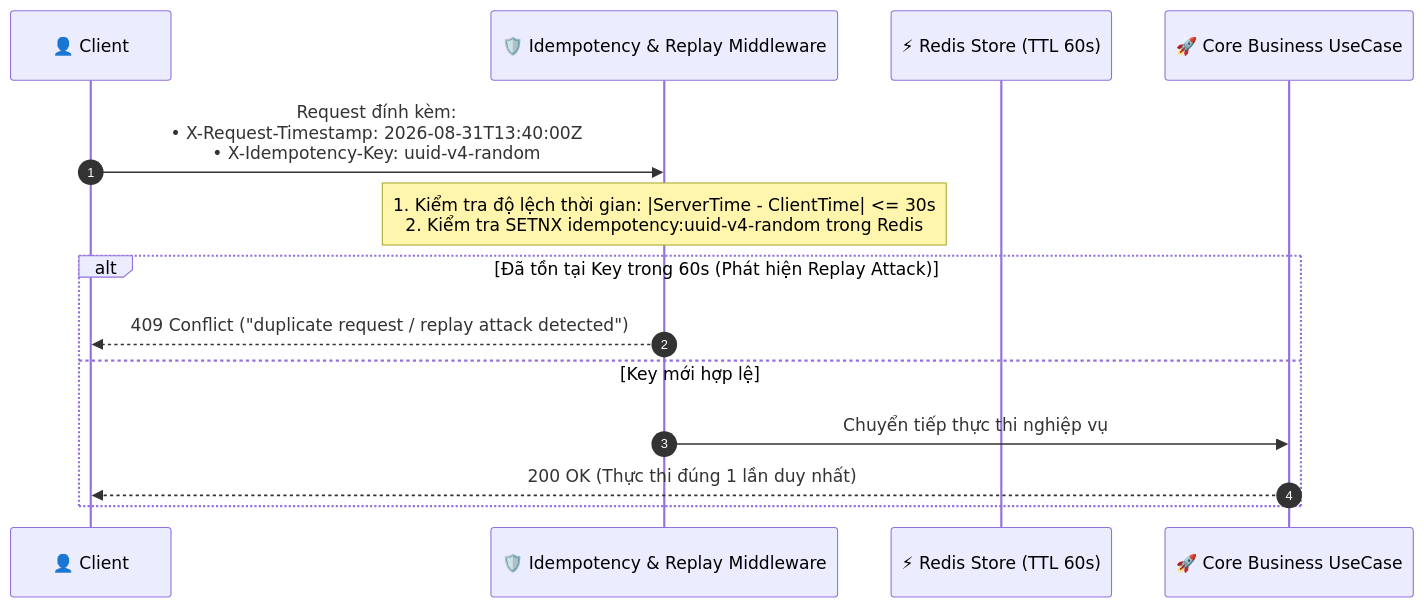
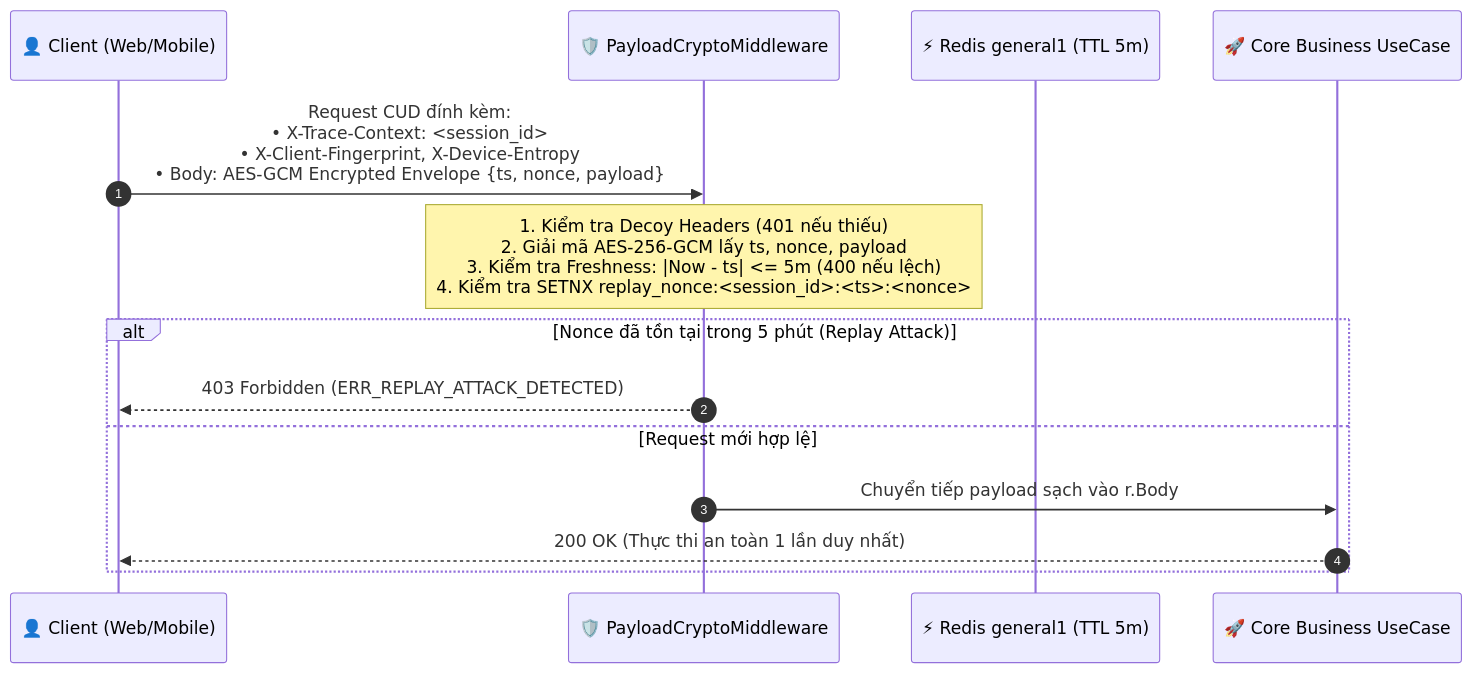
One commit to sowfkun/sowfkun-verse changed the second of 2 diagrams in .agents/docs/business_flows/SECURITY_THREAT_SCENARIOS_FLOW.md. Above: the diagram before and after it, drawn with Mermaid. The commit also changed other lines of this file and 4 other files, not shown here.

Commit message:
chore(security): sync security rules and docs with anti-replay and decoy headers

````diff
--- a/.agents/docs/business_flows/SECURITY_THREAT_SCENARIOS_FLOW.md
+++ b/.agents/docs/business_flows/SECURITY_THREAT_SCENARIOS_FLOW.md
@@ -90,19 +110,19 @@
 ```mermaid
 sequenceDiagram
     autonumber
-    participant Client as 👤 Client
-    participant MW as 🛡️ Idempotency & Replay Middleware
-    participant Redis as ⚡ Redis Store (TTL 60s)
+    participant Client as 👤 Client (Web/Mobile)
+    participant MW as 🛡️ PayloadCryptoMiddleware
+    participant Redis as ⚡ Redis general1 (TTL 5m)
     participant API as 🚀 Core Business UseCase
 
-    Client->>MW: Request đính kèm:<br/>• X-Request-Timestamp: 2026-08-31T13:40:00Z<br/>• X-Idempotency-Key: uuid-v4-random
+    Client->>MW: Request CUD đính kèm:<br/>• X-Trace-Context: <session_id><br/>• X-Client-Fingerprint, X-Device-Entropy<br/>• Body: AES-GCM Encrypted Envelope {ts, nonce, payload}
     
-    Note over MW: 1. Kiểm tra độ lệch thời gian: |ServerTime - ClientTime| <= 30s<br/>2. Kiểm tra SETNX idempotency:uuid-v4-random trong Redis
+    Note over MW: 1. Kiểm tra Decoy Headers (401 nếu thiếu)<br/>2. Giải mã AES-256-GCM lấy ts, nonce, payload<br/>3. Kiểm tra Freshness: |Now - ts| <= 5m (400 nếu lệch)<br/>4. Kiểm tra SETNX replay_nonce:<session_id>:<ts>:<nonce>
     
-    alt Đã tồn tại Key trong 60s (Phát hiện Replay Attack)
-        MW-->>Client: 409 Conflict ("duplicate request / replay attack detected")
-    else Key mới hợp lệ
-        MW->>API: Chuyển tiếp thực thi nghiệp vụ
-        API-->>Client: 200 OK (Thực thi đúng 1 lần duy nhất)
+    alt Nonce đã tồn tại trong 5 phút (Replay Attack)
+        MW-->>Client: 403 Forbidden (ERR_REPLAY_ATTACK_DETECTED)
+    else Request mới hợp lệ
+        MW->>API: Chuyển tiếp payload sạch vào r.Body
+        API-->>Client: 200 OK (Thực thi an toàn 1 lần duy nhất)
     end
 ```
````
